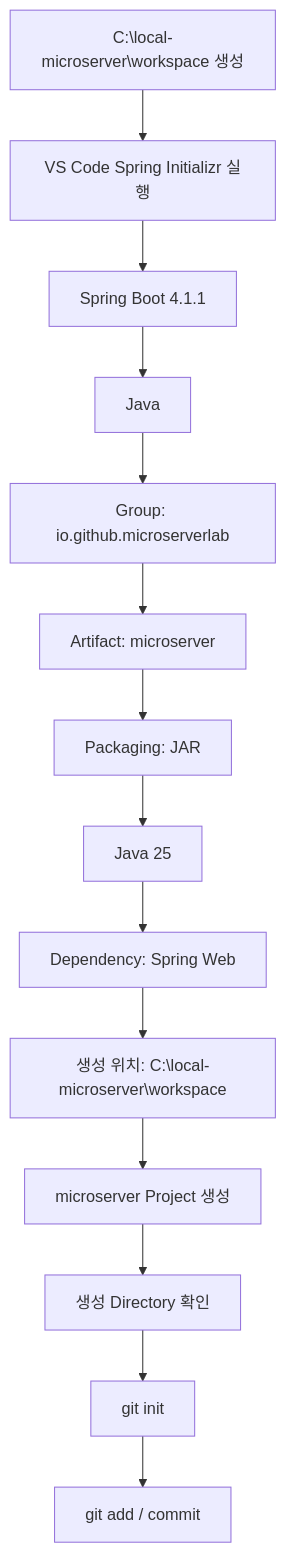
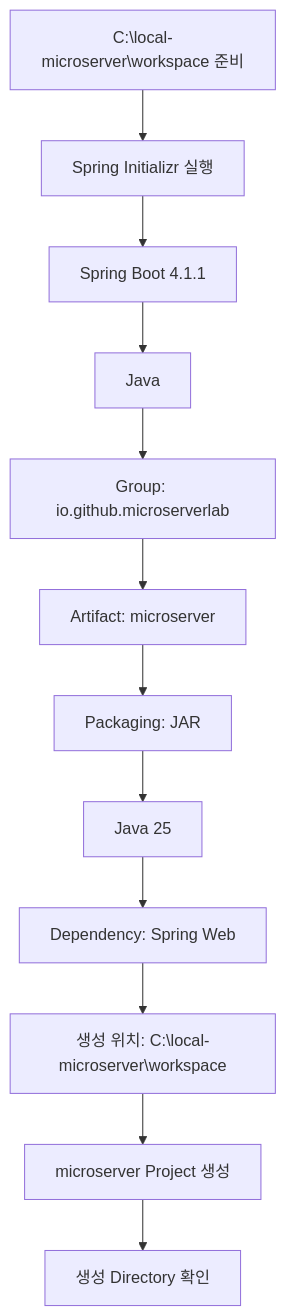
Before and after one commit to Team-Microserver/microserver-docs: the second of 2 diagrams in docs/01_project_start/03_project_creation/spring_boot_project_create.md, drawn with Mermaid. The commit also changed other lines of this file and 2 other files, not shown here.

````diff
--- a/docs/01_project_start/03_project_creation/spring_boot_project_create.md
+++ b/docs/01_project_start/03_project_creation/spring_boot_project_create.md
@@ -1000,17 +637,15 @@
 ```mermaid
 flowchart TD
-    A["C:\local-microserver\workspace 생성"]
-    --> B["VS Code Spring Initializr 실행"]
+    A["C:\local-microserver\workspace 준비"]
+    --> B["Spring Initializr 실행"]
     --> C["Spring Boot 4.1.1"]
     --> D["Java"]
     --> E["Group: io.github.microserverlab"]
     --> F["Artifact: microserver"]
     --> G["Packaging: JAR"]
     --> H["Java 25"]
     --> I["Dependency: Spring Web"]
     --> J["생성 위치: C:\local-microserver\workspace"]
     --> K["microserver Project 생성"]
     --> L["생성 Directory 확인"]
-    --> M["git init"]
-    --> N["git add / commit"]
 ```
````
